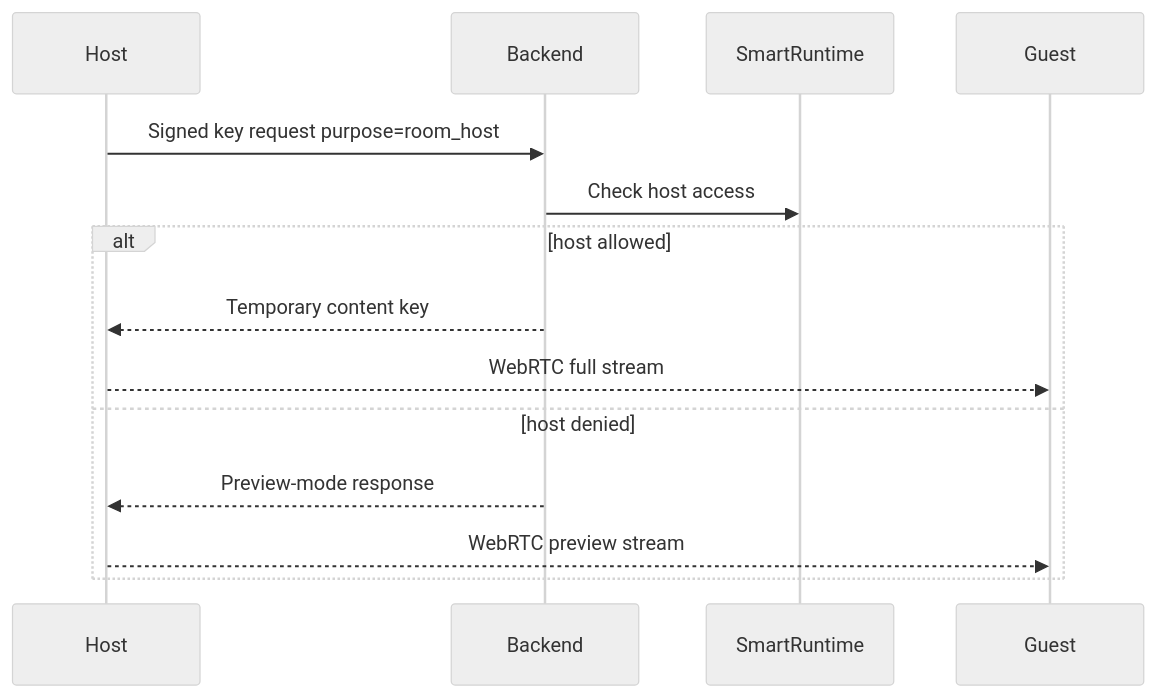
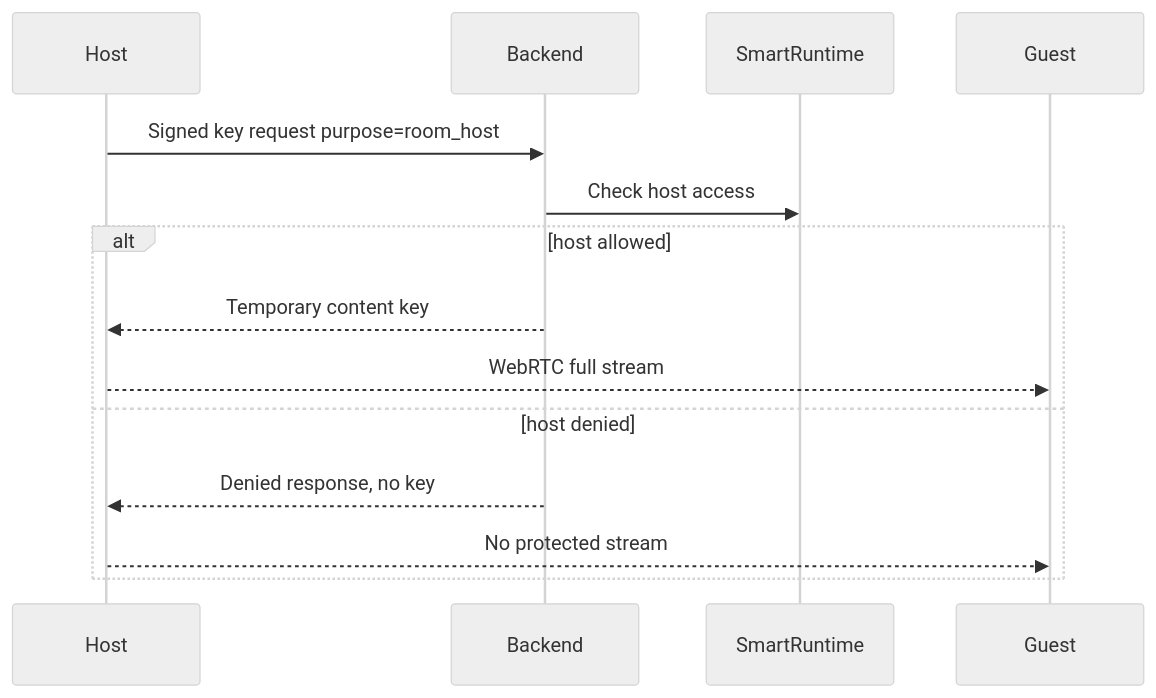
One commit to knzeng-e/dotify changed the third of 3 diagrams in docs/security/content-key-delivery-threat-model.md. Above: the diagram before and after it, drawn with Mermaid (neutral theme). The commit also changed other lines of this file and 16 other files, not shown here.

````diff
--- a/docs/security/content-key-delivery-threat-model.md
+++ b/docs/security/content-key-delivery-threat-model.md
@@ -88,17 +88,17 @@
 ```mermaid
 sequenceDiagram
   participant H as Host
   participant API as Backend
   participant RT as SmartRuntime
   participant G as Guest
 
   H->>API: Signed key request purpose=room_host
   API->>RT: Check host access
   alt host allowed
     API-->>H: Temporary content key
     H-->>G: WebRTC full stream
   else host denied
-    API-->>H: Preview-mode response
-    H-->>G: WebRTC preview stream
+    API-->>H: Denied response, no key
+    H-->>G: No protected stream
   end
 ```
````
